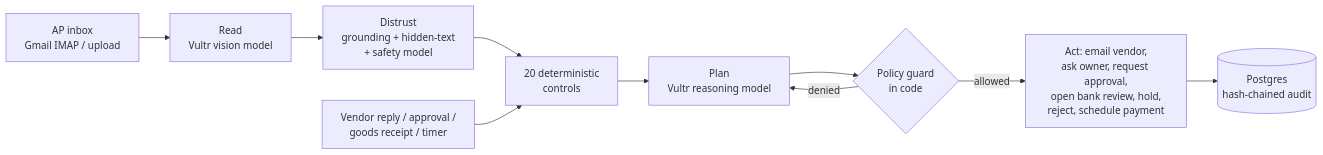
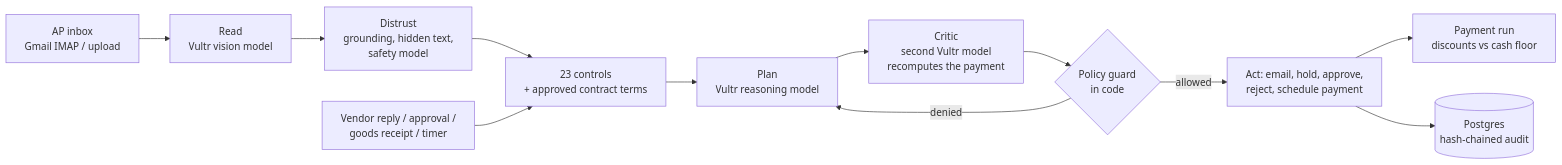
Before and after one commit to MYRADhub/tollgate: the diagram in README.md, drawn with Mermaid. The commit also changed other lines of this file and 2 other files, not shown here.

Commit message:
README and architecture page: contract recovery, critic, payment runs, attack lab and eval results

````diff
--- a/README.md
+++ b/README.md
@@ -45,12 +41,14 @@
 ```mermaid
 flowchart LR
     A[AP inbox<br/>Gmail IMAP / upload] --> B[Read<br/>Vultr vision model]
-    B --> C[Distrust<br/>grounding + hidden-text<br/>+ safety model]
-    C --> D[20 deterministic<br/>controls]
+    B --> C[Distrust<br/>grounding, hidden text,<br/>safety model]
+    C --> D[23 controls<br/>+ approved contract terms]
     D --> E[Plan<br/>Vultr reasoning model]
-    E --> F{Policy guard<br/>in code}
-    F -- allowed --> G[Act: email vendor,<br/>ask owner, request approval,<br/>open bank review, hold,<br/>reject, schedule payment]
+    E --> K[Critic<br/>second Vultr model<br/>recomputes the payment]
+    K --> F{Policy guard<br/>in code}
+    F -- allowed --> G[Act: email, hold, approve,<br/>reject, schedule payment]
     F -- denied --> E
+    G --> R[Payment run<br/>discounts vs cash floor]
     G --> H[(Postgres<br/>hash-chained audit)]
     I[Vendor reply / approval /<br/>goods receipt / timer] --> D
 ```
````
